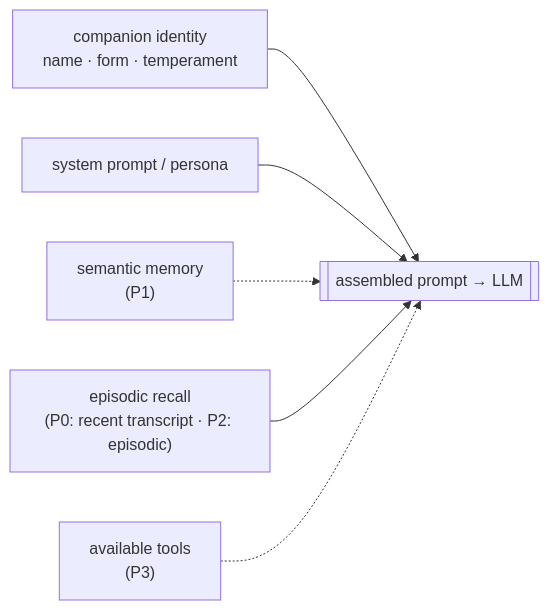
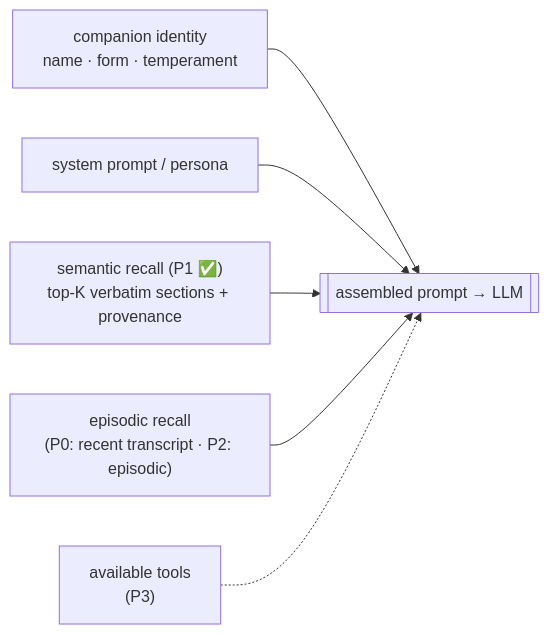
The fourth of 8 diagrams in docs/architecture.md (CobbleStamp/CobbleCompanion), drawn with Mermaid before and after one commit. The commit also changed other lines of this file and 10 other files, not shown here.

````diff
--- a/docs/architecture.md
+++ b/docs/architecture.md
@@ -170,8 +185,8 @@
 ```mermaid
 flowchart LR
     ID["companion identity<br/>name · form · temperament"] --> P[["assembled prompt → LLM"]]
     SYS["system prompt / persona"] --> P
-    SEM["semantic memory<br/>(P1)"] -.-> P
+    SEM["semantic recall (P1 ✅)<br/>top-K verbatim sections + provenance"] --> P
     EPI["episodic recall<br/>(P0: recent transcript · P2: episodic)"] --> P
     TOOLS["available tools<br/>(P3)"] -.-> P
 ```
````
